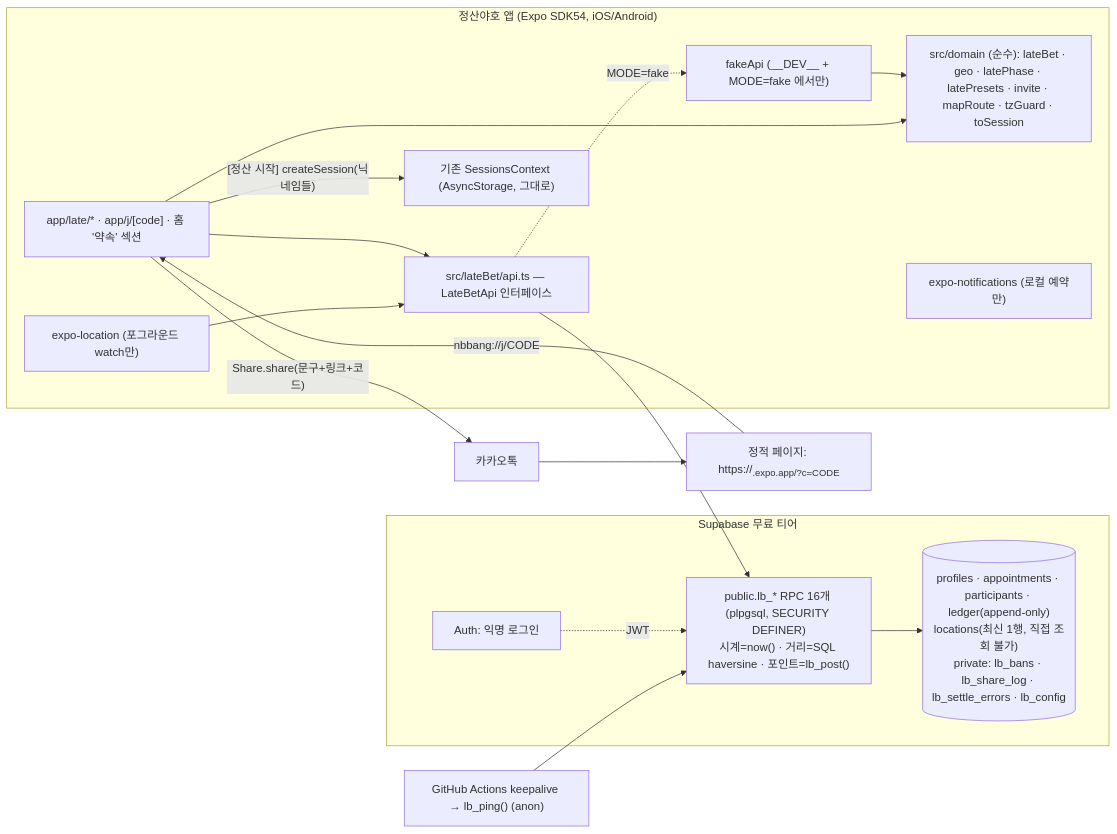
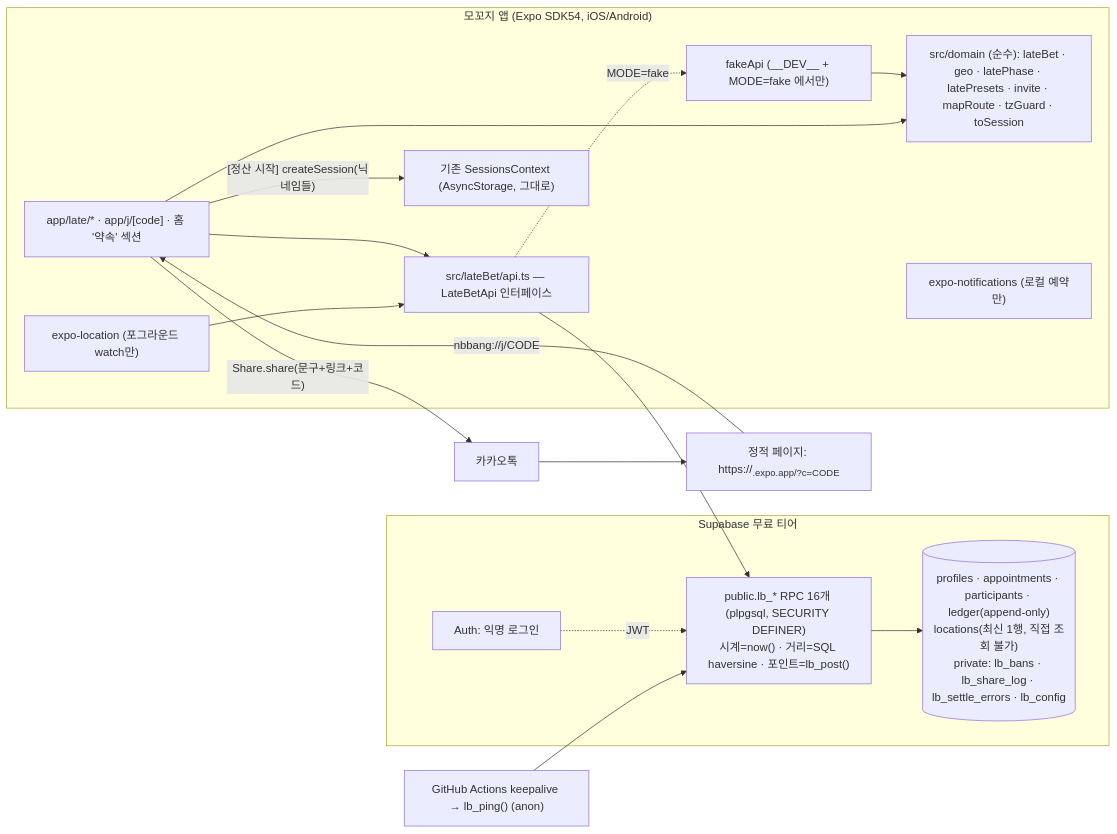
The first of 2 diagrams in docs/appointment-bet-design.md (Min-heee/mokkoji), drawn with Mermaid before and after one commit. The commit also changed other lines of this file and 12 other files, not shown here.

First line of the commit message:
rebrand: 정산야호 → 모꼬지

````diff
--- a/docs/appointment-bet-design.md
+++ b/docs/appointment-bet-design.md
@@ -146,29 +146,29 @@
 ```mermaid
 flowchart LR
-  subgraph App["정산야호 앱 (Expo SDK54, iOS/Android)"]
+  subgraph App["모꼬지 앱 (Expo SDK54, iOS/Android)"]
     UI["app/late/* · app/j/[code] · 홈 '약속' 섹션"]
     DOM["src/domain (순수): lateBet · geo · latePhase · latePresets · invite · mapRoute · tzGuard · toSession"]
     API["src/lateBet/api.ts — LateBetApi 인터페이스"]
     FAKE["fakeApi (__DEV__ + MODE=fake 에서만)"]
     LOC["expo-location (포그라운드 watch만)"]
     NOTI["expo-notifications (로컬 예약만)"]
     SESS["기존 SessionsContext (AsyncStorage, 그대로)"]
   end
   subgraph SB["Supabase 무료 티어"]
     AUTH["Auth: 익명 로그인"]
     RPC["public.lb_* RPC 16개 (plpgsql, SECURITY DEFINER)\n시계=now() · 거리=SQL haversine · 포인트=lb_post()"]
     TBL[("profiles · appointments · participants · ledger(append-only)\nlocations(최신 1행, 직접 조회 불가)\nprivate: lb_bans · lb_share_log · lb_settle_errors · lb_config")]
   end
   LAND["정적 페이지: https://<sub>.expo.app/?c=CODE"]
   KAKAO["카카오톡"]
   GHA["GitHub Actions keepalive → lb_ping() (anon)"]
 
   UI --> API --> RPC --> TBL
   API -. MODE=fake .-> FAKE --> DOM
   UI --> DOM
   LOC --> API
   AUTH -. JWT .-> RPC
   GHA --> RPC
   UI -- "Share.share(문구+링크+코드)" --> KAKAO --> LAND -- "nbbang://j/CODE" --> UI
   UI -- "[정산 시작] createSession(닉네임들)" --> SESS
 ```
````
